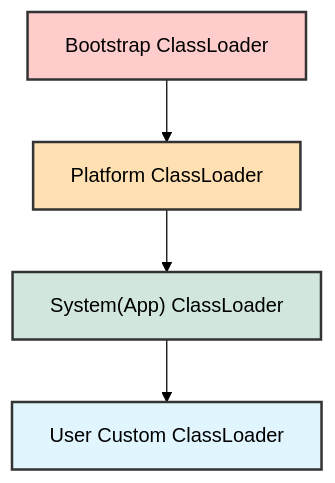
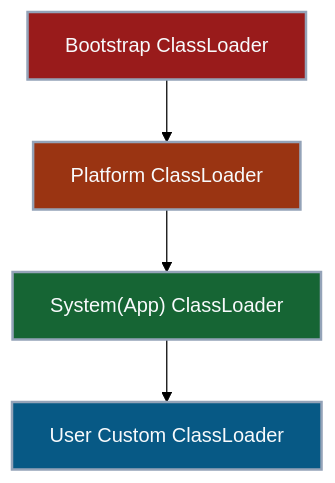
Before and after one commit to Kang-Hyesung/kang-hyesung.github.io: the first of 2 diagrams in _posts/java/07-jvm/2026-01-07-jvm-클래스-로더.md, drawn with Mermaid (forest theme). The commit also changed other lines of this file and 74 other files, not shown here.

Commit message:
docs: update post visibility and mermaid colors

````diff
--- a/_posts/java/07-jvm/2026-01-07-jvm-클래스-로더.md
+++ b/_posts/java/07-jvm/2026-01-07-jvm-클래스-로더.md
@@ -18,13 +18,13 @@
 ```mermaid
 graph TD
     A["Bootstrap ClassLoader"] --> B["Platform ClassLoader"]
     B --> C["System(App) ClassLoader"]
     C --> D["User Custom ClassLoader"]
 
     %% 스타일 정의
-    style A fill:#ffcccc,stroke:#333,stroke-width:2px
-    style B fill:#ffe0b2,stroke:#333,stroke-width:2px
-    style C fill:#d1e7dd,stroke:#333,stroke-width:2px
-    style D fill:#e1f5fe,stroke:#333,stroke-width:2px
+    style A fill:#991b1b,stroke:#94a3b8,stroke-width:2px,color:#f8fafc
+    style B fill:#9a3412,stroke:#94a3b8,stroke-width:2px,color:#f8fafc
+    style C fill:#166534,stroke:#94a3b8,stroke-width:2px,color:#f8fafc
+    style D fill:#075985,stroke:#94a3b8,stroke-width:2px,color:#f8fafc
 
 ```
````
